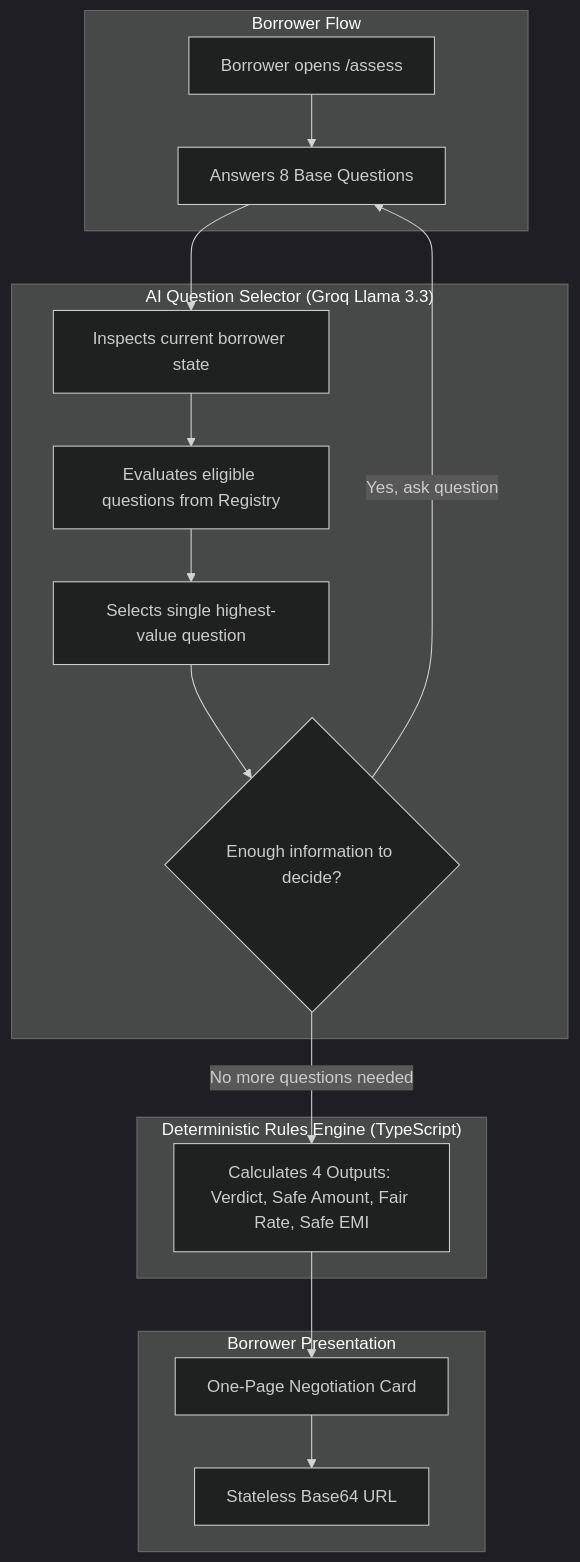
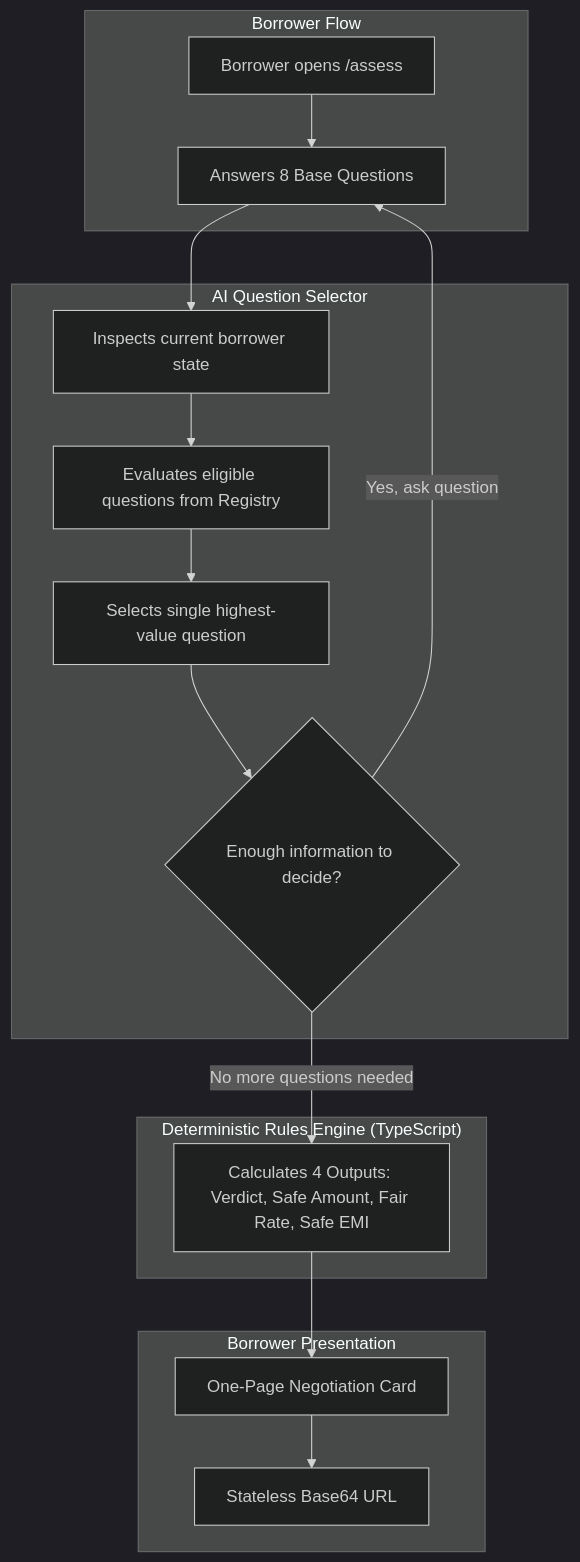
Before and after one commit to HUmnanANirudh/Borrower-Copilot: the first of 2 diagrams in README.md, drawn with Mermaid (dark theme). The commit also changed other lines of this file and 3 other files, not shown here.

````diff
--- a/README.md
+++ b/README.md
@@ -16,33 +16,33 @@
 ```mermaid
 flowchart TD
     subgraph Borrower["Borrower Flow"]
         Start["Borrower opens /assess"]
         Base["Answers 8 Base Questions"]
     end
 
-    subgraph AISelector["AI Question Selector (Groq Llama 3.3)"]
+    subgraph AISelector["AI Question Selector"]
         Inspect["Inspects current borrower state"]
         Filter["Evaluates eligible questions from Registry"]
         Rank["Selects single highest-value question"]
         StopCheck{"Enough information to decide?"}
     end
 
     subgraph RulesEngine["Deterministic Rules Engine (TypeScript)"]
         Calculate["Calculates 4 Outputs: Verdict, Safe Amount, Fair Rate, Safe EMI"]
     end
 
     subgraph OutputView["Borrower Presentation"]
         Card["One-Page Negotiation Card"]
         Share["Stateless Base64 URL"]
     end
 
     Start --> Base
     Base --> Inspect
     Inspect --> Filter
     Filter --> Rank
     Rank --> StopCheck
     StopCheck -->|"Yes, ask question"| Base
     StopCheck -->|"No more questions needed"| Calculate
     Calculate --> Card
     Card --> Share
 ```
````
